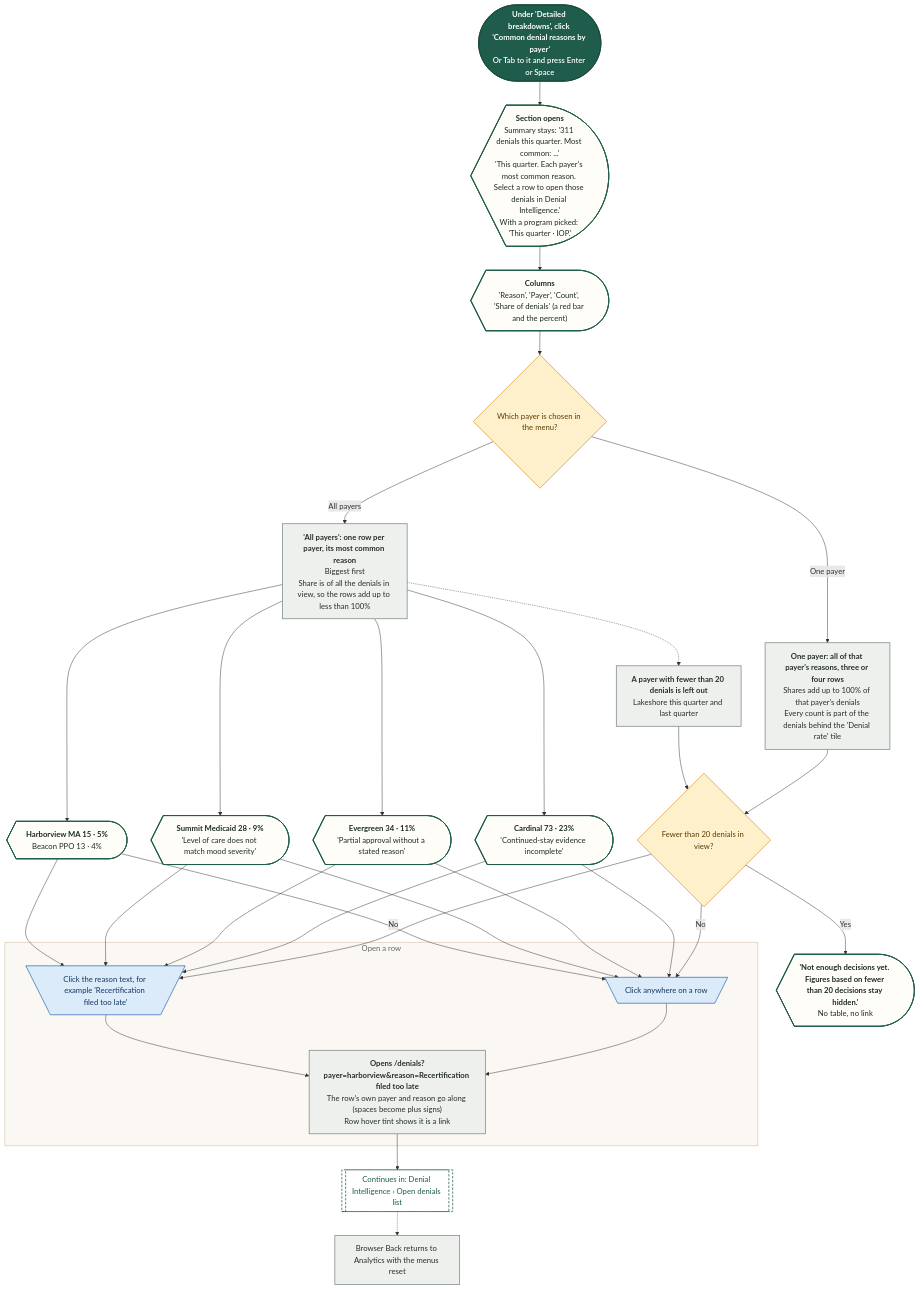
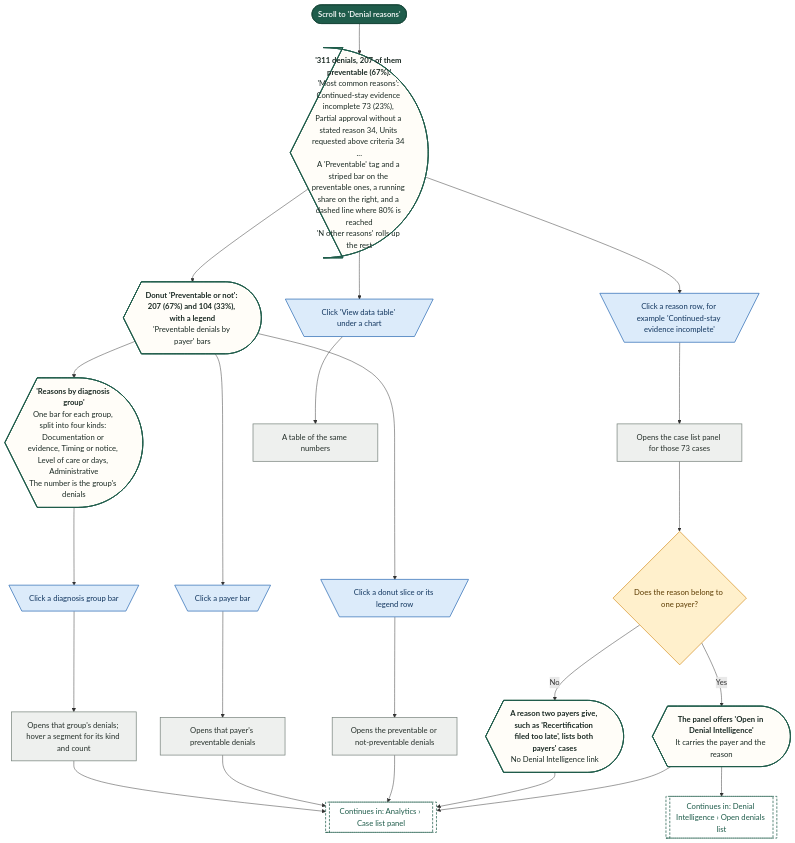
Before and after one commit to Shrav143/psyfloapp: the eighth of 18 diagrams in demos/prior-auth-demo/workflows/out/md/08-analytics.md, drawn with Mermaid. The commit also changed other lines of this file and 251 other files, not shown here.

First line of the commit message:
docs: rebuild the workflow diagrams (291) for round 4

````diff
--- a/demos/prior-auth-demo/workflows/out/md/08-analytics.md
+++ b/demos/prior-auth-demo/workflows/out/md/08-analytics.md
@@ -455,61 +487,54 @@
 ```mermaid
 %%{init: {"theme":"base","themeVariables":{"fontFamily":"'DM Sans', 'Segoe UI', system-ui, sans-serif","fontSize":"15px","lineColor":"#5B6B63","primaryTextColor":"#1C2B25","clusterBkg":"#FBF8F3","clusterBorder":"#D9CDBB","edgeLabelBackground":"#FFFFFF"},"flowchart":{"curve":"basis","nodeSpacing":36,"rankSpacing":48,"padding":12,"htmlLabels":true,"useMaxWidth":false,"wrappingWidth":230}} }%%
 flowchart TD
   classDef k_start fill:#1F5C4B,stroke:#174638,color:#FFFFFF,stroke-width:1.5px,font-weight:600
   classDef k_end fill:#DDEFE3,stroke:#2E7D4F,color:#14502F,stroke-width:1.5px,font-weight:600
   classDef k_endx fill:#FBE3E0,stroke:#C0392B,color:#7A1F16,stroke-width:1.5px,font-weight:600
   classDef k_screen fill:#FFFDF8,stroke:#1F5C4B,color:#1C2B25,stroke-width:2px
   classDef k_overlay fill:#F1F7F3,stroke:#1F5C4B,color:#1C2B25,stroke-width:2px,stroke-dasharray:5 3
   classDef k_click fill:#DCEBFA,stroke:#2F6DB5,color:#12365F,stroke-width:1.5px
   classDef k_input fill:#E4E7FF,stroke:#4C5FD5,color:#1D2670,stroke-width:1.5px
   classDef k_process fill:#EEF0EE,stroke:#7A857F,color:#26302B,stroke-width:1.5px
   classDef k_agent fill:#EEE5FA,stroke:#7A4FC2,color:#341A63,stroke-width:1.5px
   classDef k_decision fill:#FFF0CC,stroke:#D9962B,color:#5C3B00,stroke-width:1.5px
   classDef k_store fill:#D5F0EA,stroke:#1C8E7B,color:#0B4A3F,stroke-width:1.5px
   classDef k_doc fill:#F6E9DC,stroke:#B07A4C,color:#4A2E14,stroke-width:1.5px
   classDef k_ext fill:#FFE6D2,stroke:#E07B39,color:#6B2F06,stroke-width:1.5px
   classDef k_wait fill:#E4E8EE,stroke:#6B7C93,color:#26303D,stroke-width:1.5px
   classDef k_toast fill:#FFF9DB,stroke:#C9A400,color:#5A4A00,stroke-width:1.5px
   classDef k_goto fill:#FFFFFF,stroke:#1F5C4B,color:#1F5C4B,stroke-width:1.5px,stroke-dasharray:5 3
-  s1@{ shape: stadium, label: "<b>Under 'Detailed breakdowns', click 'Common denial reasons by payer'</b><br/>Or Tab to it and press Enter or Space" }
-  sc@{ shape: curv-trap, label: "<b>Section opens</b><br/>Summary stays: '311 denials this quarter. Most common: ...'<br/>'This quarter. Each payer's most common reason. Select a row to open those denials in Denial Intelligence.'<br/>With a program picked: 'This quarter · IOP.'" }
-  th@{ shape: curv-trap, label: "<b>Columns</b><br/>'Reason', 'Payer', 'Count', 'Share of denials' (a red bar and the percent)" }
-  q1@{ shape: diam, label: "Which payer is chosen in the menu?" }
-  p1@{ shape: rect, label: "<b>'All payers': one row per payer, its most common reason</b><br/>Biggest first<br/>Share is of all the denials in view, so the rows add up to less than 100%" }
-  r1@{ shape: curv-trap, label: "<b>Cardinal 73 · 23%</b><br/>'Continued-stay evidence incomplete'" }
-  r2@{ shape: curv-trap, label: "<b>Evergreen 34 · 11%</b><br/>'Partial approval without a stated reason'" }
-  r3@{ shape: curv-trap, label: "<b>Summit Medicaid 28 · 9%</b><br/>'Level of care does not match mood severity'" }
-  r4@{ shape: curv-trap, label: "<b>Harborview MA 15 · 5%</b><br/>Beacon PPO 13 · 4%" }
-  p2@{ shape: rect, label: "<b>A payer with fewer than 20 denials is left out</b><br/>Lakeshore this quarter and last quarter" }
-  p3@{ shape: rect, label: "<b>One payer: all of that payer's reasons, three or four rows</b><br/>Shares add up to 100% of that payer's denials<br/>Every count is part of the denials behind the 'Denial rate' tile" }
-  q2@{ shape: diam, label: "Fewer than 20 denials in view?" }
-  nd@{ shape: curv-trap, label: "<b>'Not enough decisions yet. Figures based on fewer than 20 decisions stay hidden.'</b><br/>No table, no link" }
-  subgraph gClick ["Open a row"]
-  c1@{ shape: trap-t, label: "Click anywhere on a row" }
-  c2@{ shape: trap-t, label: "Click the reason text, for example 'Recertification filed too late'" }
-  p4@{ shape: rect, label: "<b>Opens /denials?payer=harborview&reason=Recertification filed too late</b><br/>The row's own payer and reason go along (spaces become plus signs)<br/>Row hover tint shows it is a link" }
-  end
+  s1@{ shape: stadium, label: "Scroll to 'Denial reasons'" }
+  sc@{ shape: curv-trap, label: "<b>'311 denials, 207 of them preventable (67%).'</b><br/>'Most common reasons': Continued-stay evidence incomplete 73 (23%), Partial approval without a stated reason 34, Units requested above criteria 34 ...<br/>A 'Preventable' tag and a striped bar on the preventable ones, a running share on the right, and a dashed line where 80% is reached<br/>'N other reasons' rolls up the rest" }
+  d1@{ shape: curv-trap, label: "<b>Donut 'Preventable or not': 207 (67%) and 104 (33%), with a legend</b><br/>'Preventable denials by payer' bars" }
+  d2@{ shape: curv-trap, label: "<b>'Reasons by diagnosis group'</b><br/>One bar for each group, split into four kinds: Documentation or evidence, Timing or notice, Level of care or days, Administrative<br/>The number is the group's denials" }
+  c1@{ shape: trap-t, label: "Click a reason row, for example 'Continued-stay evidence incomplete'" }
+  p1@{ shape: rect, label: "Opens the case list panel for those 73 cases" }
+  q1@{ shape: diam, label: "Does the reason belong to one payer?" }
+  l1@{ shape: curv-trap, label: "<b>The panel offers 'Open in Denial Intelligence'</b><br/>It carries the payer and the reason" }
   g1@{ shape: subproc, label: "Continues in: Denial Intelligence › Open denials list" }
-  p5@{ shape: rect, label: "Browser Back returns to Analytics with the menus reset" }
-  s1 --> sc --> th --> q1
-  q1 -->|"All payers"| p1
-  p1 --> r1 & r2 & r3 & r4
-  p1 -.-> p2
-  q1 -->|"One payer"| p3
-  p3 --> q2
-  p2 --> q2
-  q2 -->|"Yes"| nd
-  q2 -->|"No"| c1 & c2
-  r1 & r2 & r3 & r4 --> c1 & c2
-  c1 --> p4
-  c2 --> p4
-  p4 --> g1
-  g1 -.-> p5
+  l2@{ shape: curv-trap, label: "<b>A reason two payers give, such as 'Recertification filed too late', lists both payers' cases</b><br/>No Denial Intelligence link" }
+  c2@{ shape: trap-t, label: "Click a donut slice or its legend row" }
+  p2@{ shape: rect, label: "Opens the preventable or not-preventable denials" }
+  c3@{ shape: trap-t, label: "Click a payer bar" }
+  p3@{ shape: rect, label: "Opens that payer's preventable denials" }
+  c4@{ shape: trap-t, label: "Click a diagnosis group bar" }
+  p4@{ shape: rect, label: "Opens that group's denials; hover a segment for its kind and count" }
+  g2@{ shape: subproc, label: "Continues in: Analytics › Case list panel" }
+  d3@{ shape: trap-t, label: "Click 'View data table' under a chart" }
+  d4@{ shape: rect, label: "A table of the same numbers" }
+  s1 --> sc --> d1 --> d2
+  sc --> c1 --> p1 --> q1
+  q1 -->|"Yes"| l1 --> g1
+  q1 -->|"No"| l2
+  l1 & l2 --> g2
+  d1 --> c2 --> p2 --> g2
+  d1 --> c3 --> p3 --> g2
+  d2 --> c4 --> p4 --> g2
+  sc --> d3 --> d4
   class s1 k_start
-  class sc,th,r1,r2,r3,r4,nd k_screen
-  class q1,q2 k_decision
-  class p1,p2,p3,p4,p5 k_process
-  class c1,c2 k_click
-  class g1 k_goto
-  style gClick fill:#FBF8F3,stroke:#D9CDBB,stroke-width:1.5px,color:#5B6B63
+  class sc,d1,d2,l1,l2 k_screen
+  class c1,c2,c3,c4,d3 k_click
+  class p1,p2,p3,p4,d4 k_process
+  class q1 k_decision
+  class g1,g2 k_goto
 ```
````
